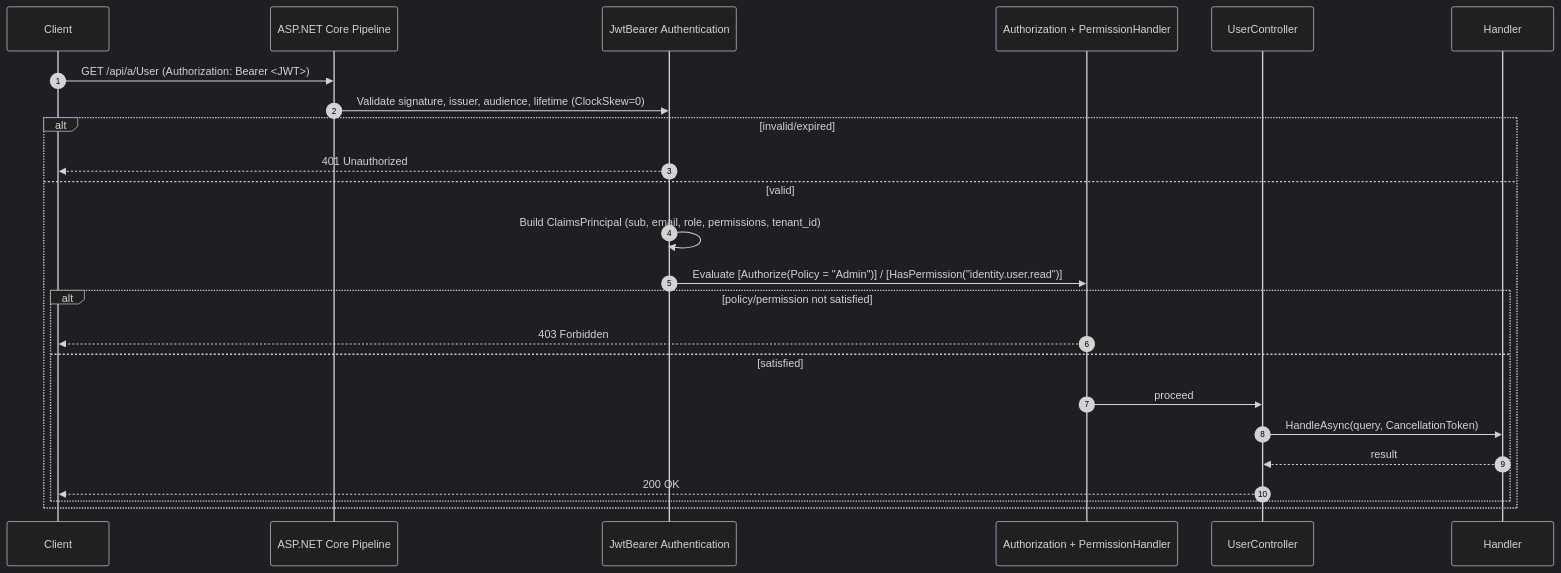
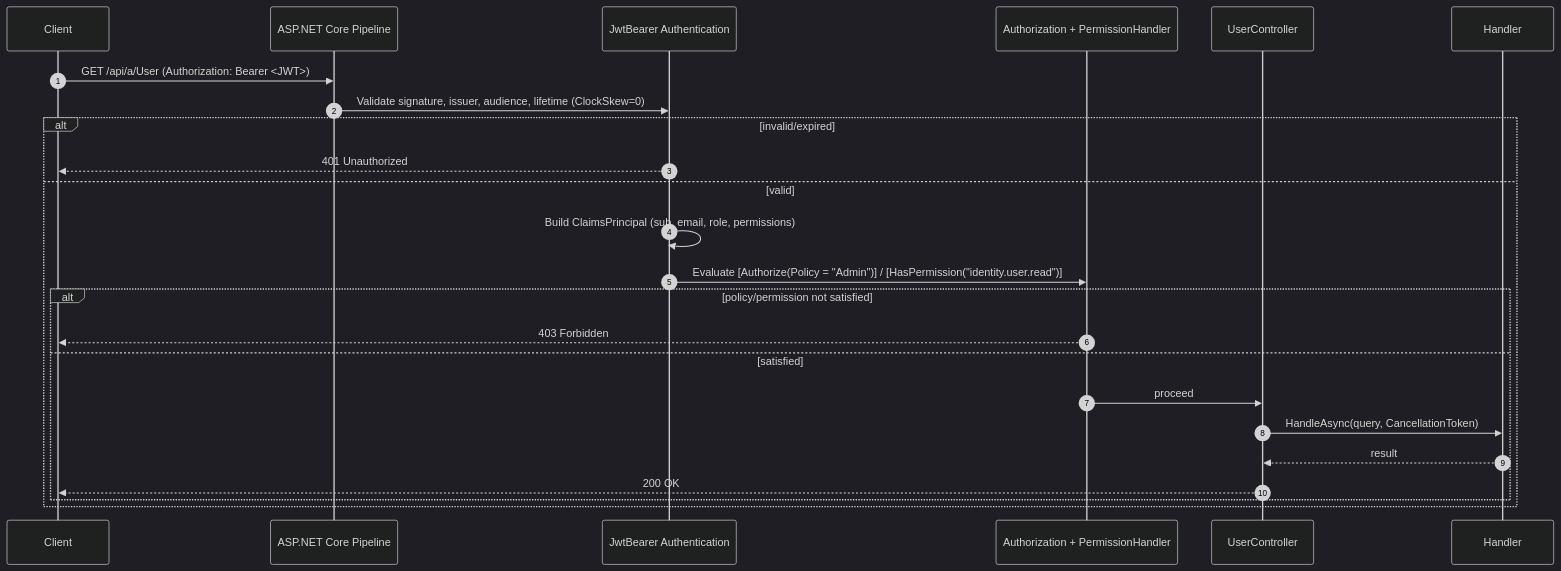
Before and after one commit to haddinz/S1: the tenth of 16 diagrams in ARCHITECTURE.md, drawn with Mermaid (dark theme). The commit also changed other lines of this file and 4 other files, not shown here.

````diff
--- a/ARCHITECTURE.md
+++ b/ARCHITECTURE.md
@@ -657,27 +627,27 @@
 ```mermaid
 sequenceDiagram
   autonumber
   participant C as Client
   participant MW as ASP.NET Core Pipeline
   participant JWT as JwtBearer Authentication
   participant AUTHZ as Authorization + PermissionHandler
   participant UC as UserController
   participant H as Handler
 
   C->>MW: GET /api/a/User (Authorization: Bearer <JWT>)
   MW->>JWT: Validate signature, issuer, audience, lifetime (ClockSkew=0)
   alt invalid/expired
     JWT-->>C: 401 Unauthorized
   else valid
-    JWT->>JWT: Build ClaimsPrincipal (sub, email, role, permissions, tenant_id)
+    JWT->>JWT: Build ClaimsPrincipal (sub, email, role, permissions)
     JWT->>AUTHZ: Evaluate [Authorize(Policy = "Admin")] / [HasPermission("identity.user.read")]
     alt policy/permission not satisfied
       AUTHZ-->>C: 403 Forbidden
     else satisfied
       AUTHZ->>UC: proceed
       UC->>H: HandleAsync(query, CancellationToken)
       H-->>UC: result
       UC-->>C: 200 OK
     end
   end
 ```
````
